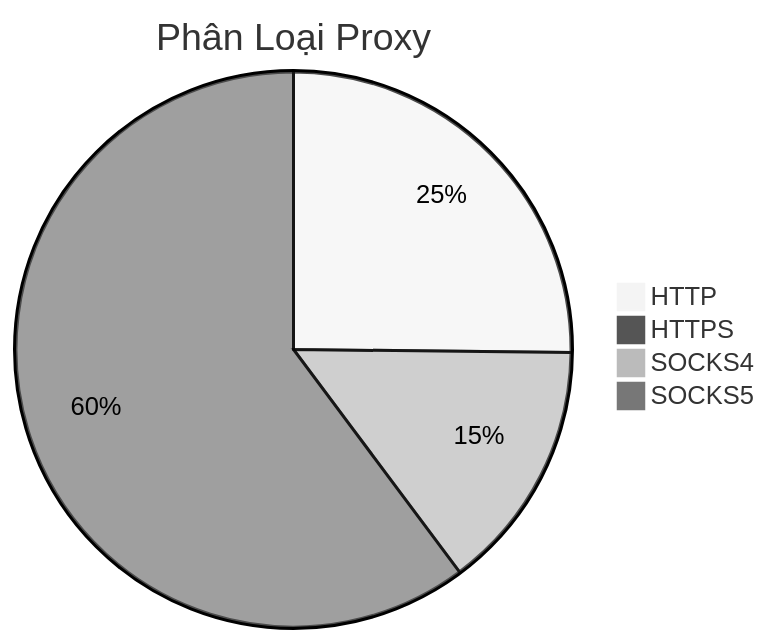
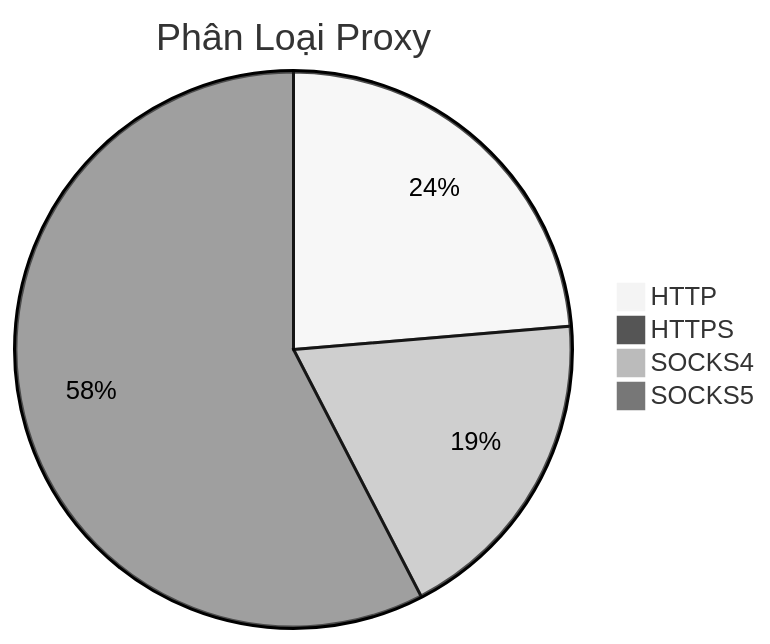
One commit to Ciara-12/PROXY-free changed the diagram in README.md. Above: the diagram before and after it, drawn with Mermaid (neutral theme). The commit also changed other lines of this file and 4 other files, not shown here.

````diff
--- a/README.md
+++ b/README.md
@@ -26,7 +26,7 @@
 ```mermaid
 pie title Phân Loại Proxy
-    "HTTP" : 570
-    "HTTPS" : 3
-    "SOCKS4" : 331
-    "SOCKS5" : 1363
+    "HTTP" : 433
+    "HTTPS" : 1
+    "SOCKS4" : 343
+    "SOCKS5" : 1054
 ```
````
